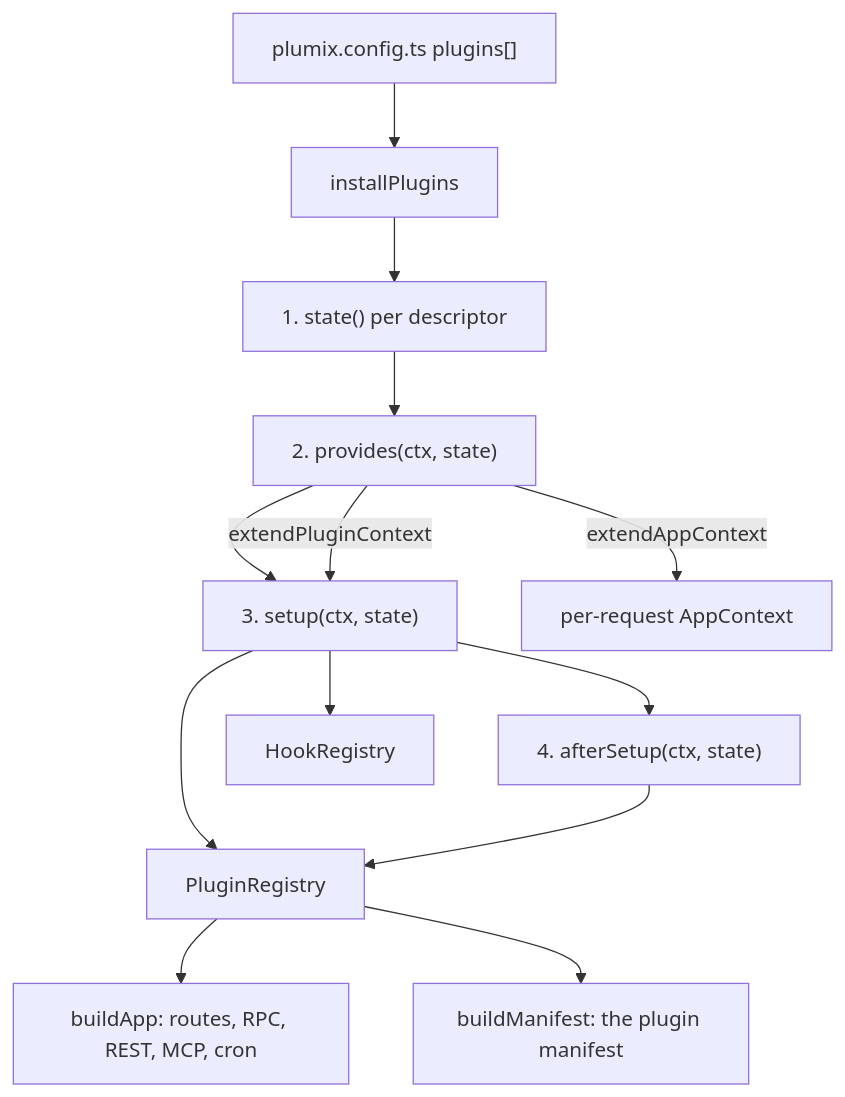
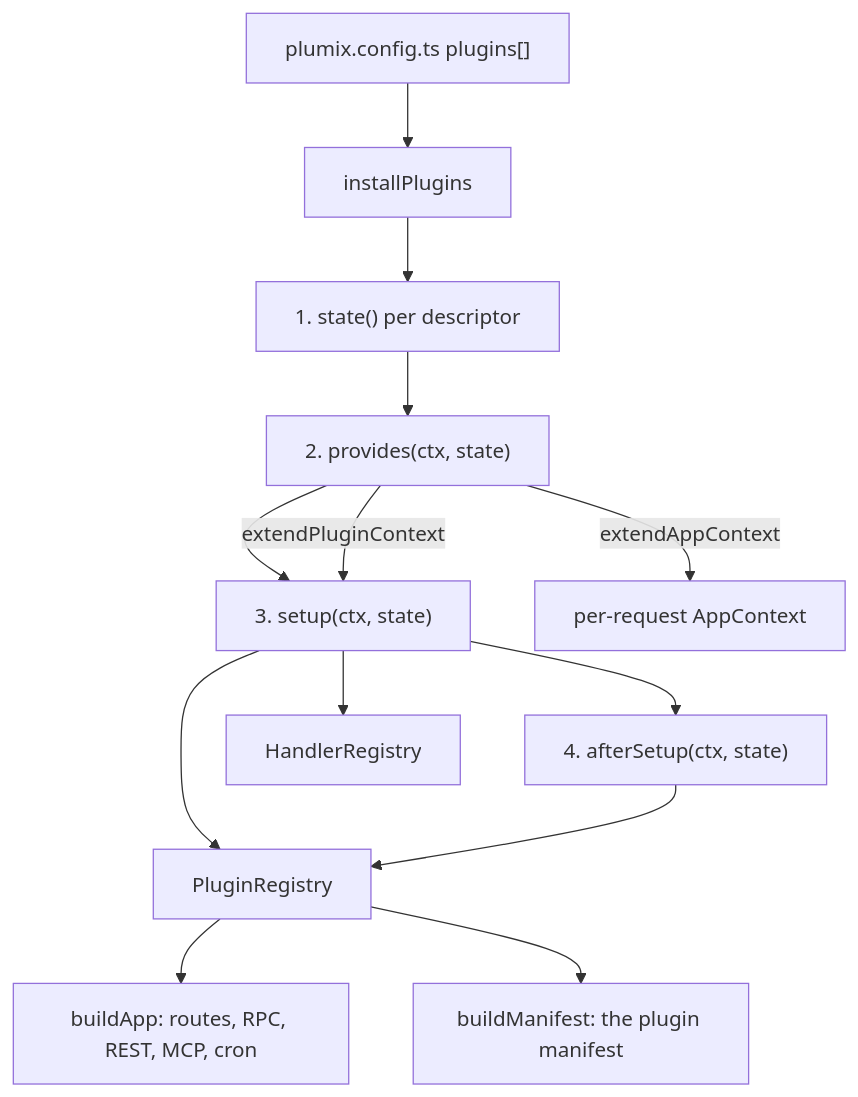
One commit to withplumix/plumix changed the diagram in docs/architecture/plugin-system.md. Above: the diagram before and after it, drawn with Mermaid. The commit also changed other lines of this file and 262 other files, not shown here.

````diff
--- a/docs/architecture/plugin-system.md
+++ b/docs/architecture/plugin-system.md
@@ -7,15 +7,15 @@
 ```mermaid
 flowchart TD
   cfg["plumix.config.ts plugins[]"] --> ip["installPlugins"]
   ip --> st["1. state() per descriptor"]
   st --> pr["2. provides(ctx, state)"]
   pr --> se["3. setup(ctx, state)"]
   se --> as["4. afterSetup(ctx, state)"]
   pr -->|extendPluginContext| se
   pr -->|extendAppContext| app["per-request AppContext"]
   se --> reg["PluginRegistry"]
-  se --> hk["HookRegistry"]
+  se --> hk["HandlerRegistry"]
   as --> reg
   reg --> rt["buildApp: routes, RPC, REST, MCP, cron"]
   reg --> man["buildManifest: the plugin manifest"]
 ```
````
